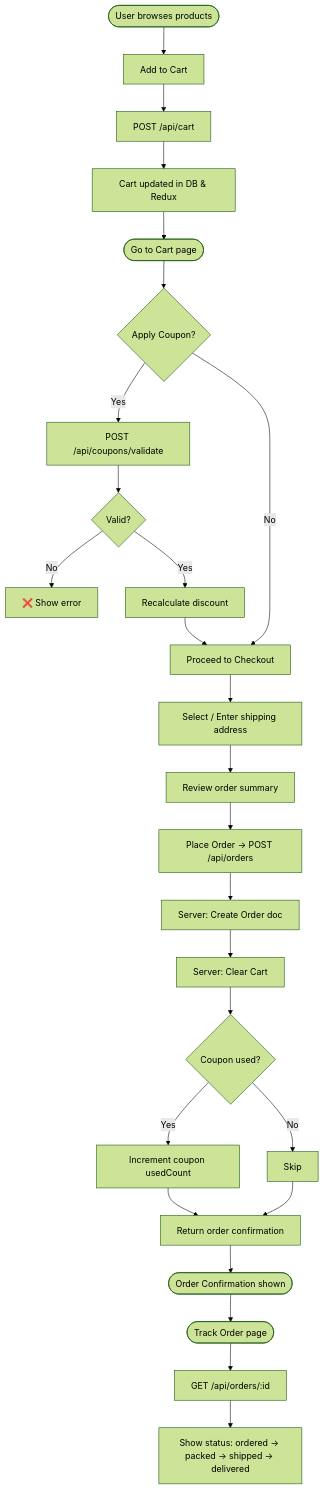
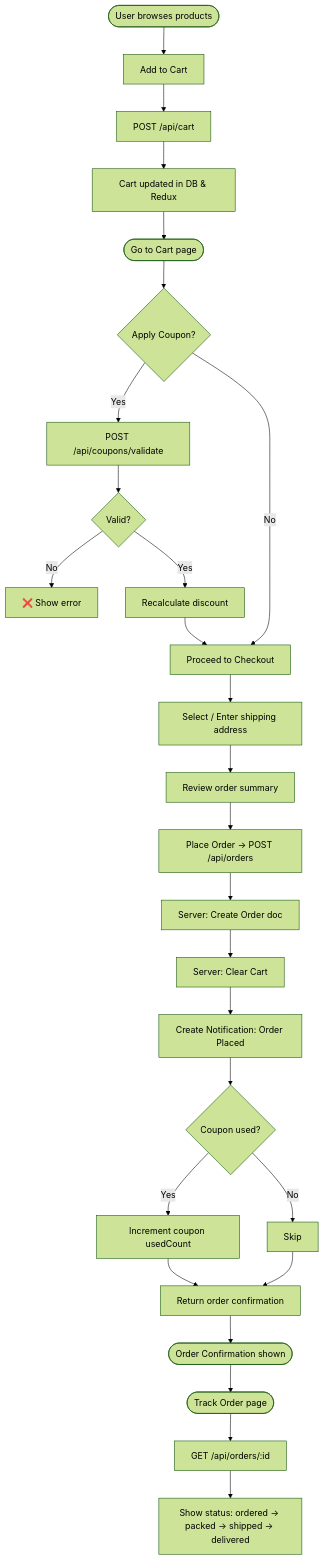
One commit to Narendrakaduru/QuickCart changed the sixth of 10 diagrams in architecture_diagrams.md. Above: the diagram before and after it, drawn with Mermaid (forest theme). The commit also changed other lines of this file and 1 other file, not shown here.

Commit message:
Document Notification-System

````diff
--- a/architecture_diagrams.md
+++ b/architecture_diagrams.md
@@ -329,32 +351,33 @@
 ```mermaid
 flowchart TD
     A([User browses products]) --> B["Add to Cart"]
     B --> C["POST /api/cart"]
     C --> D["Cart updated in DB & Redux"]
     D --> E([Go to Cart page])
     E --> F{Apply Coupon?}
 
     F -- Yes --> G["POST /api/coupons/validate"]
     G --> H{Valid?}
     H -- No --> I["❌ Show error"]
     H -- Yes --> J["Recalculate discount"]
     F -- No --> K["Proceed to Checkout"]
     J --> K
 
     K --> L["Select / Enter shipping address"]
     L --> M["Review order summary"]
     M --> N["Place Order → POST /api/orders"]
 
     N --> O["Server: Create Order doc"]
     O --> P["Server: Clear Cart"]
-    P --> Q{Coupon used?}
+    P --> PA["Create Notification: Order Placed"]
+    PA --> Q{Coupon used?}
     Q -- Yes --> R["Increment coupon usedCount"]
     Q -- No --> S["Skip"]
     R --> T["Return order confirmation"]
     S --> T
 
     T --> U([Order Confirmation shown])
     U --> V([Track Order page])
     V --> W["GET /api/orders/:id"]
     W --> X["Show status: ordered → packed → shipped → delivered"]
 ```
````
